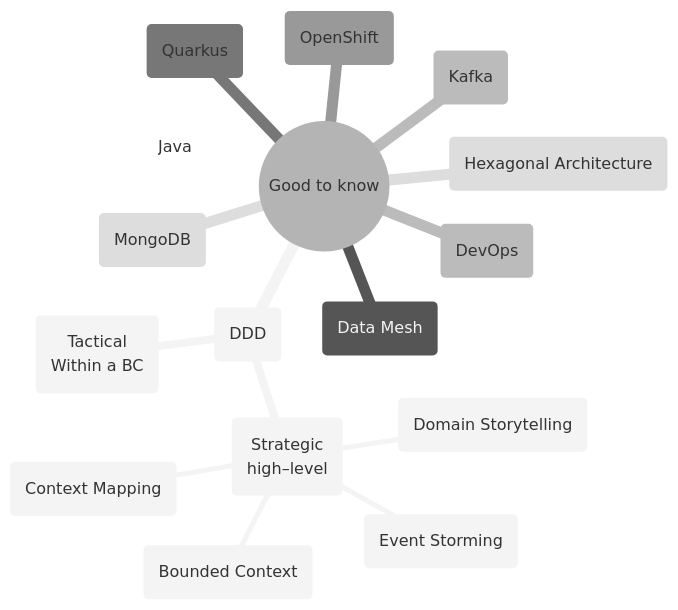
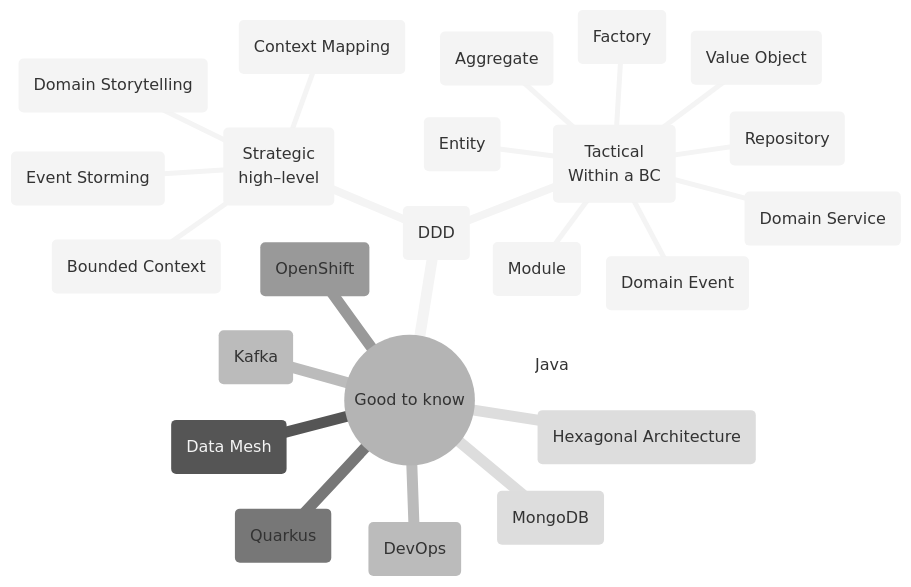
The diagram in README.md (mhaspra/mindmaps), drawn with Mermaid (neutral theme) before and after one commit.

````diff
--- a/README.md
+++ b/README.md
@@ -2,19 +2,27 @@
 ```mermaid
  mindmap
   root((Good to know))
    (DDD)
     (Strategic<br>high–level)
      (Domain Storytelling)
      (Event Storming)
      (Context Mapping)
      (Bounded Context)
     (Tactical<br>Within a BC)
+     (Value Object)
+     (Entity)
+     (Aggregate)
+     (Domain Service)
+     (Domain Event)
+     (Factory)
+     (Repository)
+     (Module)
    (Data Mesh)
    (Kafka)
    (Quarkus)
    (OpenShift)
    (MongoDB)
    (Java)
    (Hexagonal Architecture)
    (DevOps)
 ```
````
